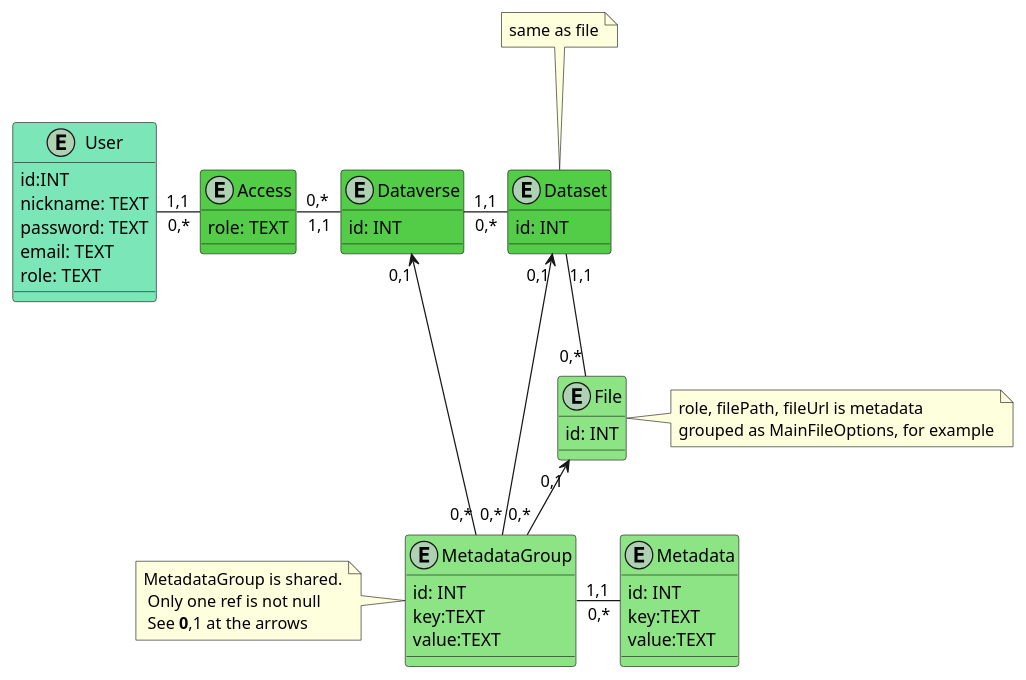
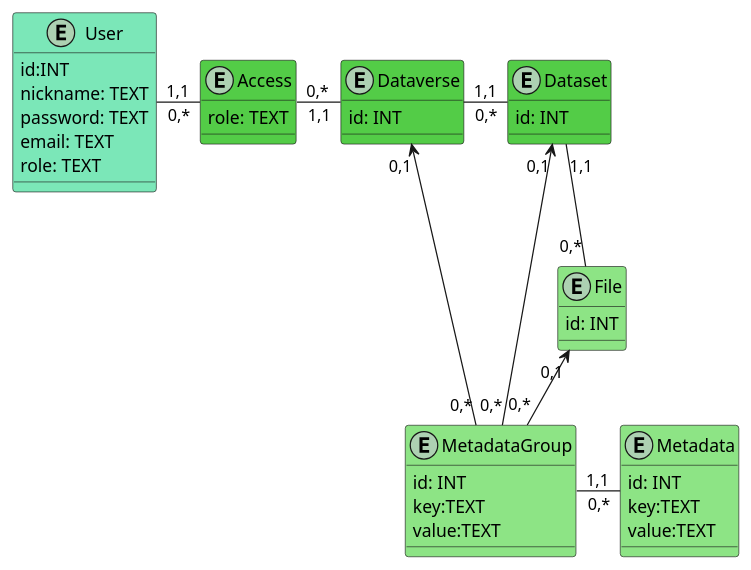
The diagram in src/uml/ER_2.puml (boldak/database_basics_template), drawn with PlantUML before and after one commit.

```diff
--- a/src/uml/ER_2.puml
+++ b/src/uml/ER_2.puml
@@ -1,60 +1,56 @@
 @startuml
 entity User #7BE7B8 {
     id:INT
     nickname: TEXT
     password: TEXT
     email: TEXT
     role: TEXT
 }
 
 entity Dataverse #53CC47 {
     id: INT
 }
   
 entity Dataset #53CC47 {
     id: INT
 }
 
-note "same as file" as nds
-nds .. Dataset
+
 
 entity Access #53CC47 {
     role: TEXT
 }
 
 
 entity File #8DE485 {
     id: INT
 }
 
-note "role, filePath, fileUrl is metadata \ngrouped as MainFileOptions, for example" as nf
 
-nf .l. File
+
+
 entity MetadataGroup #8DE485 {
     id: INT
     key:TEXT
     value:TEXT
 }
 
-note "MetadataGroup is shared.\n Only one ref is not null\n See <b>0</b>,1 at the arrows" as n
-
-n .r. MetadataGroup
 
 entity Metadata #8DE485 {
     id: INT
     key:TEXT
     value:TEXT
 }
   
 
 Access "0,*"-l-"1,1" User
 Access "0,*"-r-"1,1" Dataverse
 
 Dataverse "1,1"-r- "0,*" Dataset
 Dataset "1,1"--"0,*" File
 File "0,1"<--"0,*" MetadataGroup
 Dataset "0,1"<--"0,*" MetadataGroup
 Dataverse "0,1"<--"0,*" MetadataGroup
 
 Metadata "0,*" -l- "1,1" MetadataGroup
 @enduml
```
